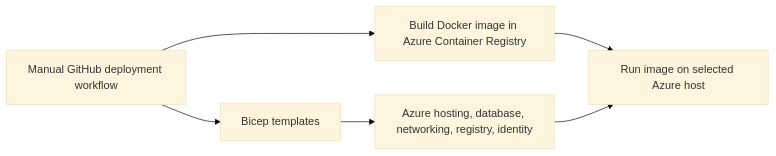
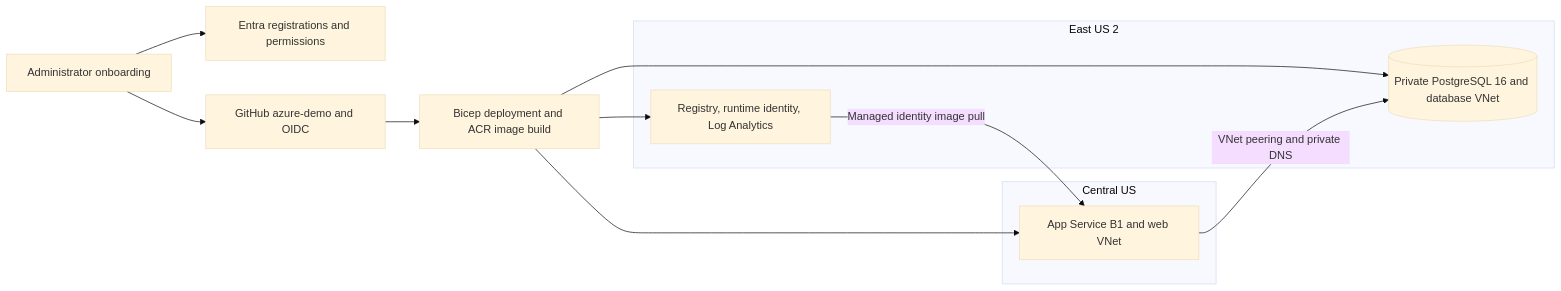
The second of 2 diagrams in docs/ARCHITECTURE.md (aandino-zava/zava-health-claims-portal), drawn with Mermaid (base theme) before and after one commit. The commit also changed other lines of this file and 9 other files, not shown here.

Commit message:
Simplify guides around automated onboarding and the working Azure setup (#10)

````diff
--- a/docs/ARCHITECTURE.md
+++ b/docs/ARCHITECTURE.md
@@ -26,8 +26,18 @@
 ```mermaid
 flowchart LR
-  GitHub[Manual GitHub deployment workflow] --> Bicep[Bicep templates]
-  Bicep --> Resources[Azure hosting, database, networking, registry, identity]
-  GitHub --> Build[Build Docker image in Azure Container Registry]
-  Build --> Host[Run image on selected Azure host]
-  Resources --> Host
+  Setup[Administrator onboarding] --> Identity[Entra registrations and permissions]
+  Setup --> GitHub[GitHub azure-demo and OIDC]
+  GitHub --> Deploy[Bicep deployment and ACR image build]
+  subgraph CentralUS[Central US]
+    App[App Service B1 and web VNet]
+  end
+  subgraph EastUS2[East US 2]
+    DB[(Private PostgreSQL 16 and database VNet)]
+    Shared[Registry, runtime identity, Log Analytics]
+  end
+  Deploy --> App
+  Deploy --> DB
+  Deploy --> Shared
+  App -->|VNet peering and private DNS| DB
+  Shared -->|Managed identity image pull| App
 ```
````
